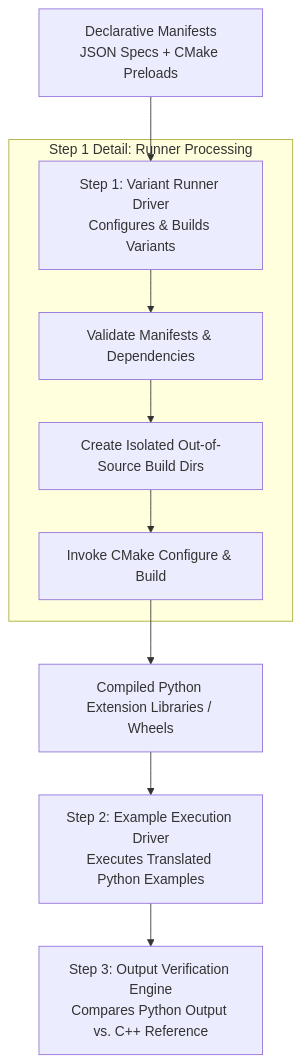
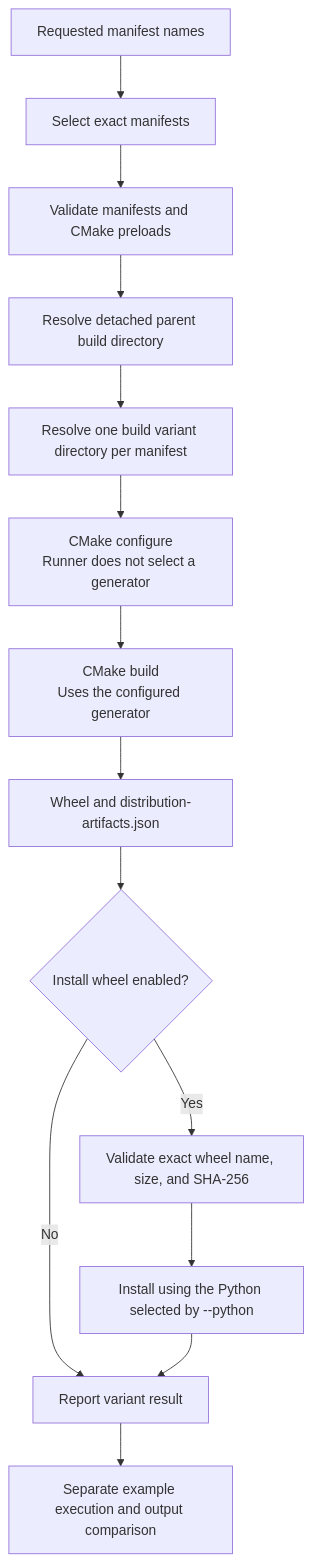
One commit to TAU-CGL/cgal-python-bindings changed the diagram in src/scripts/build_variants/README.md. Above: the diagram before and after it, drawn with Mermaid. The commit also changed other lines of this file and 356 other files, not shown here.

First line of the commit message:
Reorganize Python tools and improve build variant runner

````diff
--- a/src/scripts/build_variants/README.md
+++ b/src/scripts/build_variants/README.md
@@ -24,15 +30,16 @@
 ```mermaid
-graph TD
-    A[Declarative Manifests<br>JSON Specs + CMake Preloads] --> B[Step 1: Variant Runner Driver<br>Configures & Builds Variants]
-
-    subgraph Step 1 Detail: Runner Processing
-        B --> B1[Validate Manifests & Dependencies]
-        B1 --> B2[Create Isolated Out-of-Source Build Dirs]
-        B2 --> B3[Invoke CMake Configure & Build]
-    end
-
-    B3 --> C[Compiled Python Extension Libraries / Wheels]
-
-    C --> D[Step 2: Example Execution Driver<br>Executes Translated Python Examples]
-    D --> E[Step 3: Output Verification Engine<br>Compares Python Output vs. C++ Reference]
+flowchart TD
+    A[Requested manifest names] --> B[Select exact manifests]
+    B --> C[Validate manifests and CMake preloads]
+    C --> D[Resolve detached parent build directory]
+    D --> E[Resolve one build variant directory per manifest]
+    E --> F[CMake configure<br>Runner does not select a generator]
+    F --> G[CMake build<br>Uses the configured generator]
+    G --> H[Wheel and distribution-artifacts.json]
+    H --> I{Install wheel enabled?}
+    I -- No --> J[Report variant result]
+    I -- Yes --> K[Validate exact wheel name, size, and SHA-256]
+    K --> L[Install using the Python selected by --python]
+    L --> J
+    J --> M[Separate example execution and output comparison]
 ```
````
